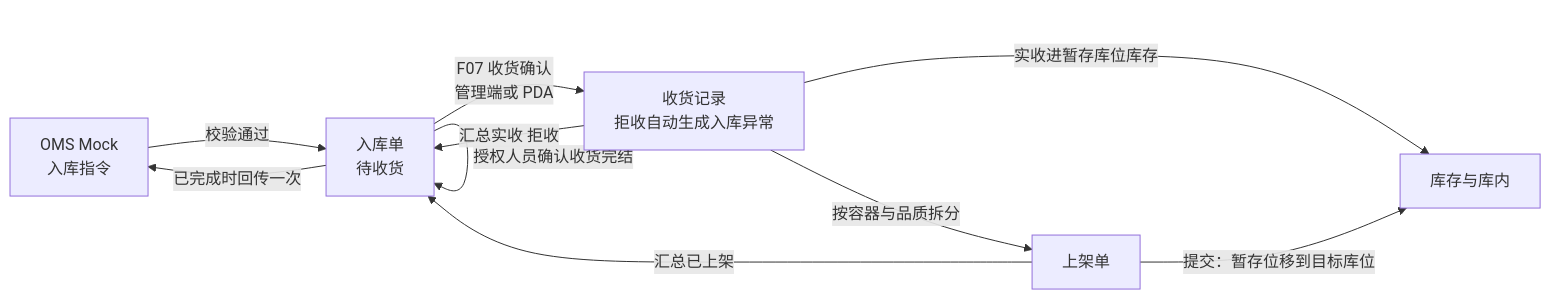
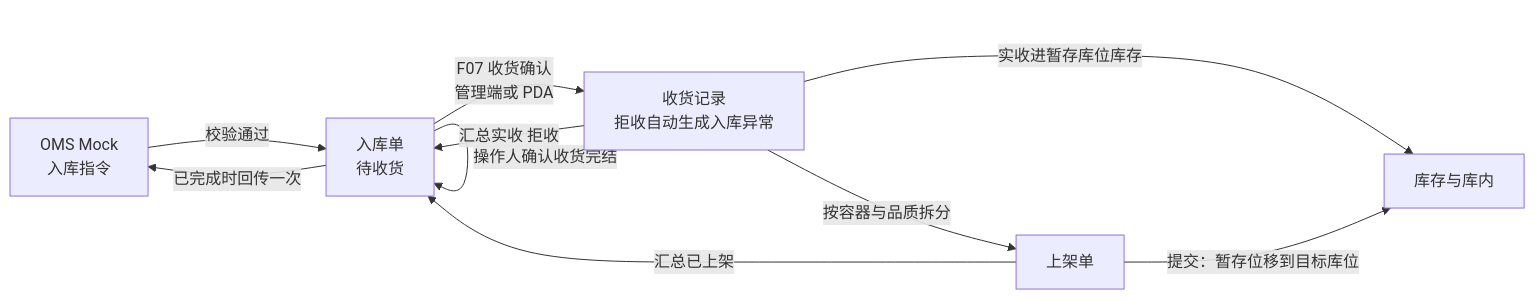
The first of 2 diagrams in 05-应用设计方案/20261002-MVP版本/需求文档PRD/2-入库管理/入库单/入库单主PRD.md (TopVitamin/QS-WMS-Project), drawn with Mermaid before and after one commit. The commit also changed other lines of this file and 324 other files, not shown here.

````diff
--- a/05-应用设计方案/20261002-MVP版本/需求文档PRD/2-入库管理/入库单/入库单主PRD.md
+++ b/05-应用设计方案/20261002-MVP版本/需求文档PRD/2-入库管理/入库单/入库单主PRD.md
@@ -146,12 +146,12 @@
 ```mermaid
 flowchart LR
     A["OMS Mock<br/>入库指令"] -->|"校验通过"| B["入库单<br/>待收货"]
     B -->|"F07 收货确认<br/>管理端或 PDA"| C["收货记录<br/>拒收自动生成入库异常"]
     C -->|"实收进暂存库位库存"| D["库存与库内"]
     C -->|"按容器与品质拆分"| E["上架单"]
     E -->|"提交：暂存位移到目标库位"| D
     C -->|"汇总实收 拒收"| B
     E -->|"汇总已上架"| B
-    B -->|"授权人员确认收货完结"| B
+    B -->|"操作人确认收货完结"| B
     B -->|"已完成时回传一次"| A
 ```
````
